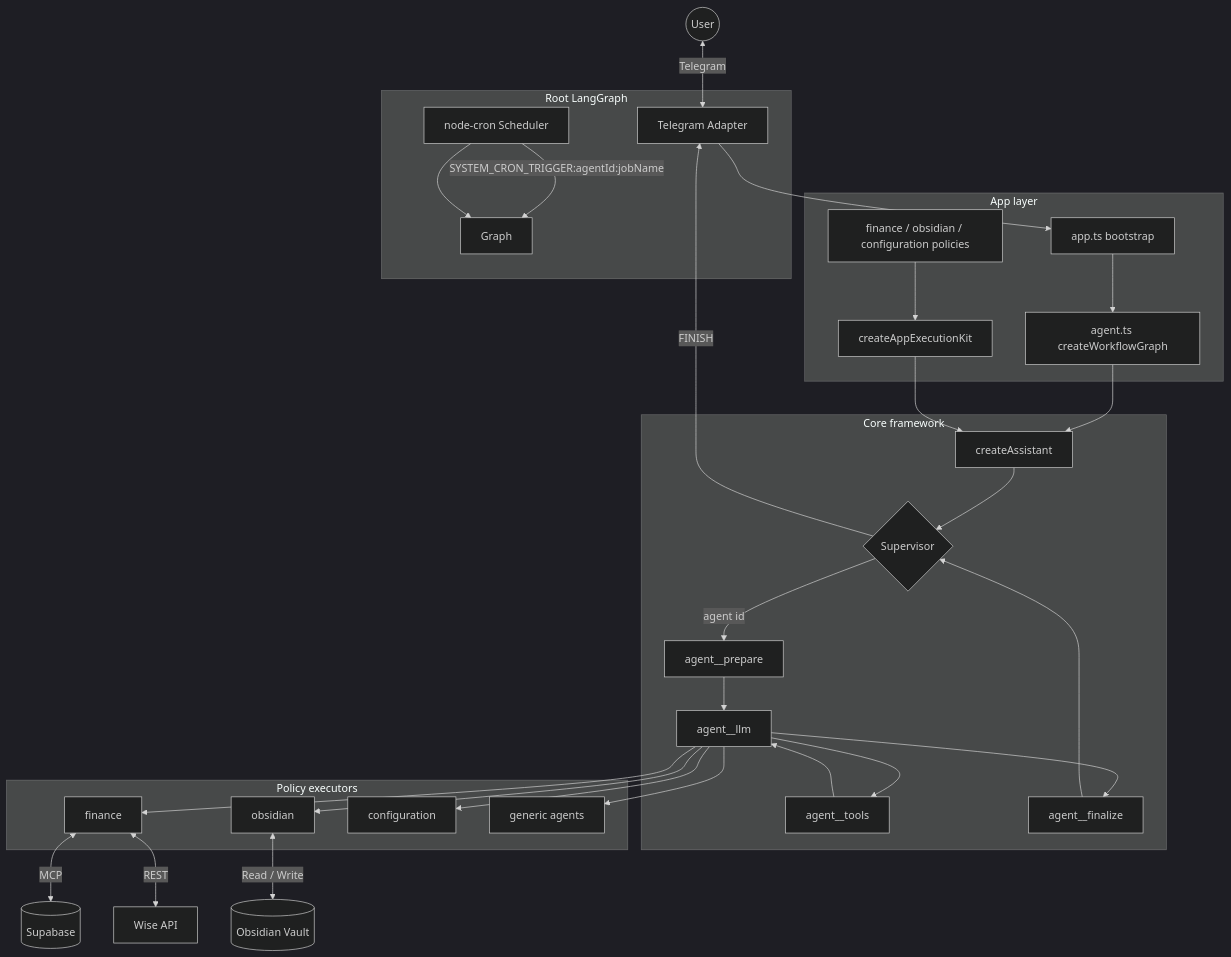
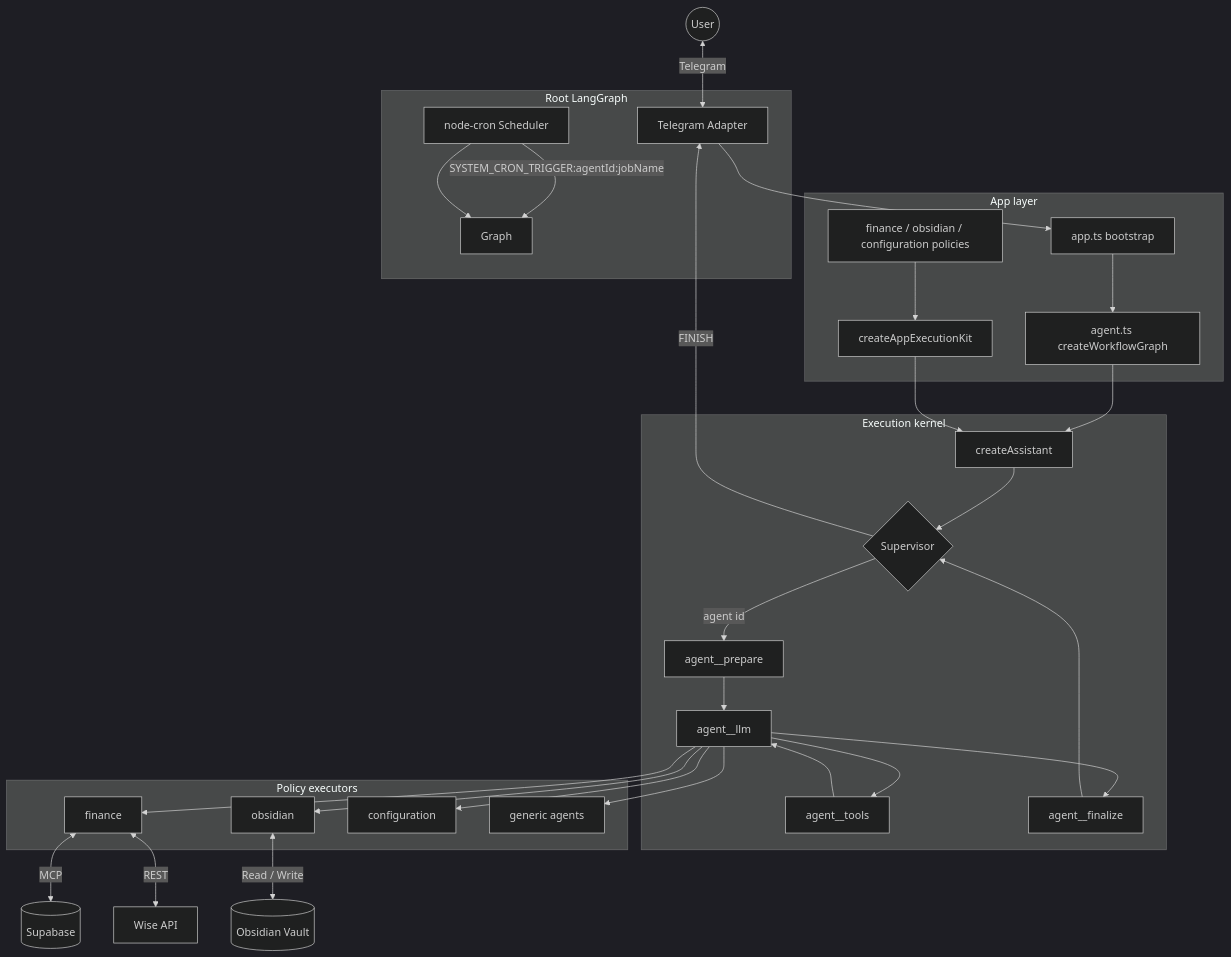
Before and after one commit to slnnzmtl/langgraph-personal-assistant: the diagram in README.md, drawn with Mermaid (dark theme). The commit also changed other lines of this file and 28 other files, not shown here.

Commit message:
refactor: rename core framework to execution kernel, update related documentation and code references, and introduce legacy executor migration for improved agent management and clarity

````diff
--- a/README.md
+++ b/README.md
@@ -9,48 +9,48 @@
 ```mermaid
 graph TD
     User((User)) <-->|Telegram| Adapter[Telegram Adapter]
     Cron[node-cron Scheduler] -->|SYSTEM_CRON_TRIGGER:agentId:jobName| Graph
 
     subgraph AppLayer [App layer]
         AppTS[app.ts bootstrap]
         AgentTS[agent.ts createWorkflowGraph]
         AppKit[createAppExecutionKit]
         AppPolicies[finance / obsidian / configuration policies]
     end
 
-    subgraph CoreFramework [Core framework]
+    subgraph CoreKernel [Execution kernel]
         CreateAssistant[createAssistant]
         Supervisor{Supervisor}
         Prepare["agent__prepare"]
         Llm["agent__llm"]
         Tools["agent__tools"]
         Finalize["agent__finalize"]
     end
 
     subgraph RootGraph [Root LangGraph]
         Adapter --> AppTS --> AgentTS --> CreateAssistant
         CreateAssistant --> Supervisor
         Supervisor -->|agent id| Prepare
         Prepare --> Llm
         Llm --> Tools
         Tools --> Llm
         Llm --> Finalize
         Finalize --> Supervisor
         Supervisor -->|FINISH| Adapter
         Cron --> Graph
     end
 
     AppKit --> CreateAssistant
     AppPolicies --> AppKit
 
     subgraph RuntimePolicies [Policy executors]
         Llm --> FinancePolicy[finance]
         Llm --> ObsidianPolicy[obsidian]
         Llm --> ConfigurationPolicy[configuration]
         Llm --> GenericPolicy[generic agents]
     end
 
     FinancePolicy <-->|MCP| Supabase[(Supabase)]
     FinancePolicy <-->|REST| Wise[Wise API]
     ObsidianPolicy <-->|Read / Write| Vault[(Obsidian Vault)]
 ```
````
